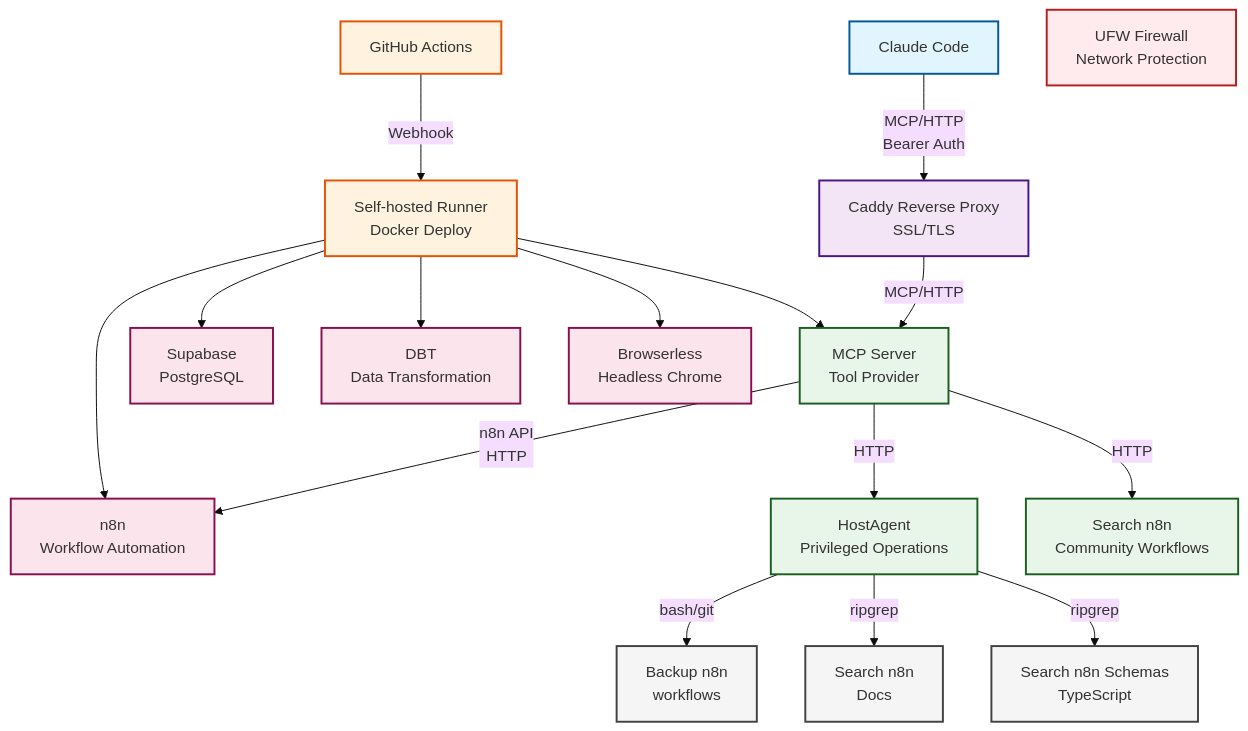
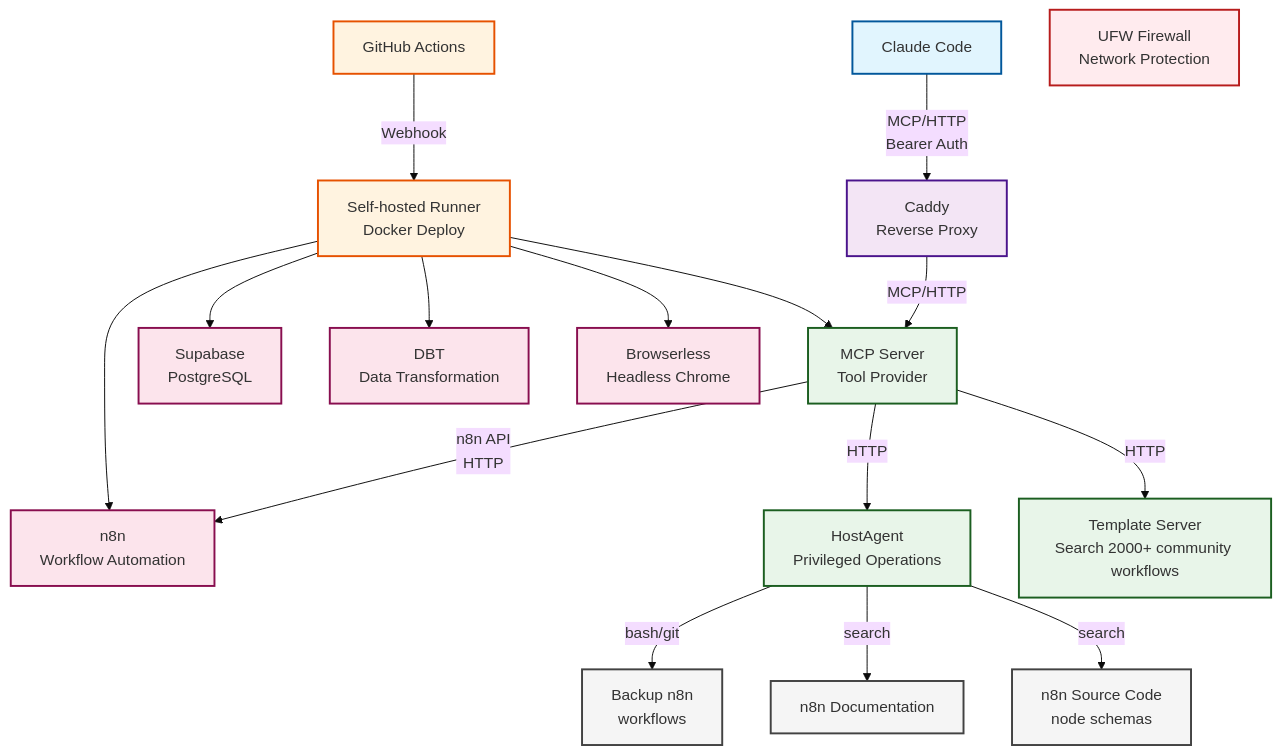
The diagram in README.md (alderaan/vps), drawn with Mermaid (base theme) before and after one commit.

Commit message:
making some elements clearer in diagram

````diff
--- a/README.md
+++ b/README.md
@@ -24,46 +24,46 @@
 ```mermaid
 graph TB
     %% Client Layer
-    Client[Claude Code] -->|MCP/HTTP<br/>Bearer Auth| Caddy[Caddy Reverse Proxy<br/>SSL/TLS]
+    Client[Claude Code] -->|MCP/HTTP<br/>Bearer Auth| Caddy[Caddy<br/>Reverse Proxy]
     
     %% Web Layer
     Caddy -->|MCP/HTTP| AIDev[MCP Server<br/>Tool Provider]
     
     %% Application Layer
     AIDev -->|n8n API<br/>HTTP| N8N[n8n<br/>Workflow Automation]
     AIDev -->|HTTP| HostAgent[HostAgent<br/>Privileged Operations]
-    AIDev -->|HTTP| Workflows[Search n8n<br/>Community Workflows]
+    AIDev -->|HTTP| Workflows[Template Server<br/>Search 2000+ community workflows]
     
     %% Host Services
     HostAgent -->|bash/git| BackupN8N[Backup n8n<br/>workflows]
-    HostAgent -->|ripgrep| SearchN8N[Search n8n<br/>Docs]
-    HostAgent -->|ripgrep| TypeScriptN8N[Search n8n Schemas<br/>TypeScript]
+    HostAgent -->|search| SearchN8N[n8n Documentation]
+    HostAgent -->|search| TypeScriptN8N[n8n Source Code<br/>node schemas]
     
     %% Automation Layer
     GitHub[GitHub Actions] -->|Webhook| Runner[Self-hosted Runner<br/>Docker Deploy]
     Runner --> AIDev
     Runner --> N8N
     Runner --> Supabase[Supabase<br/>PostgreSQL]
     Runner --> DBT[DBT<br/>Data Transformation]
     Runner --> Browserless[Browserless<br/>Headless Chrome]
     
     %% Security Layer (standalone boxes)
     UFW[UFW Firewall<br/>Network Protection]
     
     %% Styling
     classDef client fill:#e1f5fe,stroke:#01579b,stroke-width:2px
     classDef web fill:#f3e5f5,stroke:#4a148c,stroke-width:2px
     classDef app fill:#e8f5e9,stroke:#1b5e20,stroke-width:2px
     classDef host fill:#f5f5f5,stroke:#424242,stroke-width:2px
     classDef infra fill:#fff3e0,stroke:#e65100,stroke-width:2px
     classDef container fill:#fce4ec,stroke:#880e4f,stroke-width:2px
     classDef security fill:#ffebee,stroke:#b71c1c,stroke-width:2px
     
     class Client client
     class Caddy web
     class AIDev,HostAgent,Workflows app
     class N8N,Supabase,DBT,Browserless container
     class BackupN8N,SearchN8N,TypeScriptN8N host
     class GitHub,Runner infra
     class UFW security
 ```
````
